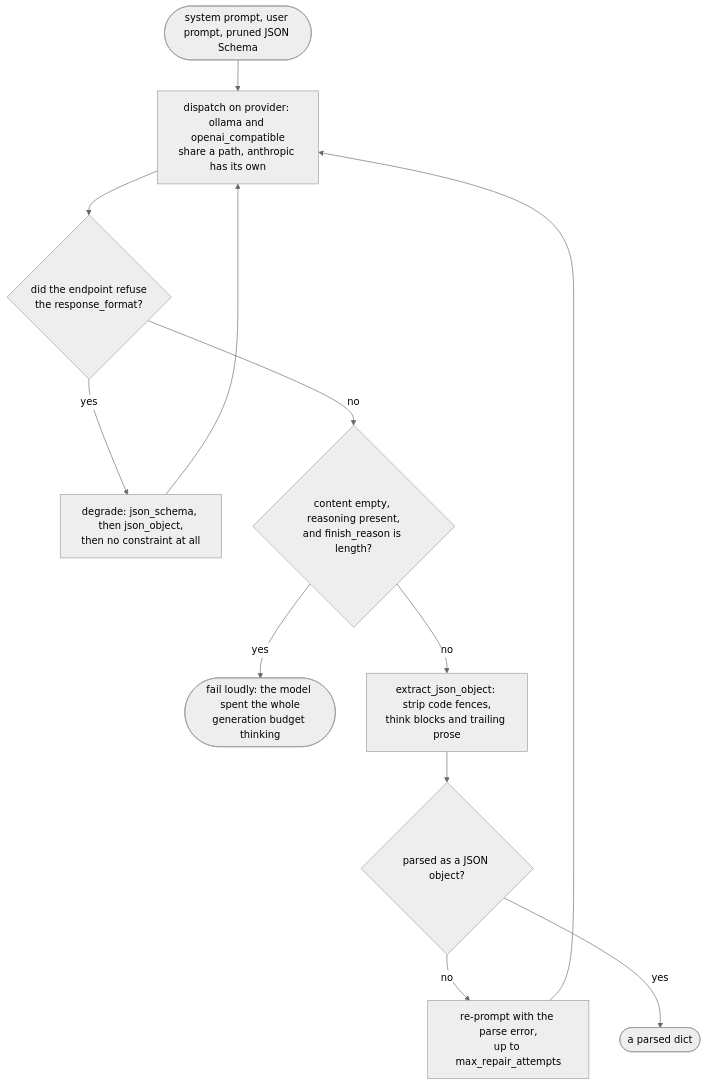
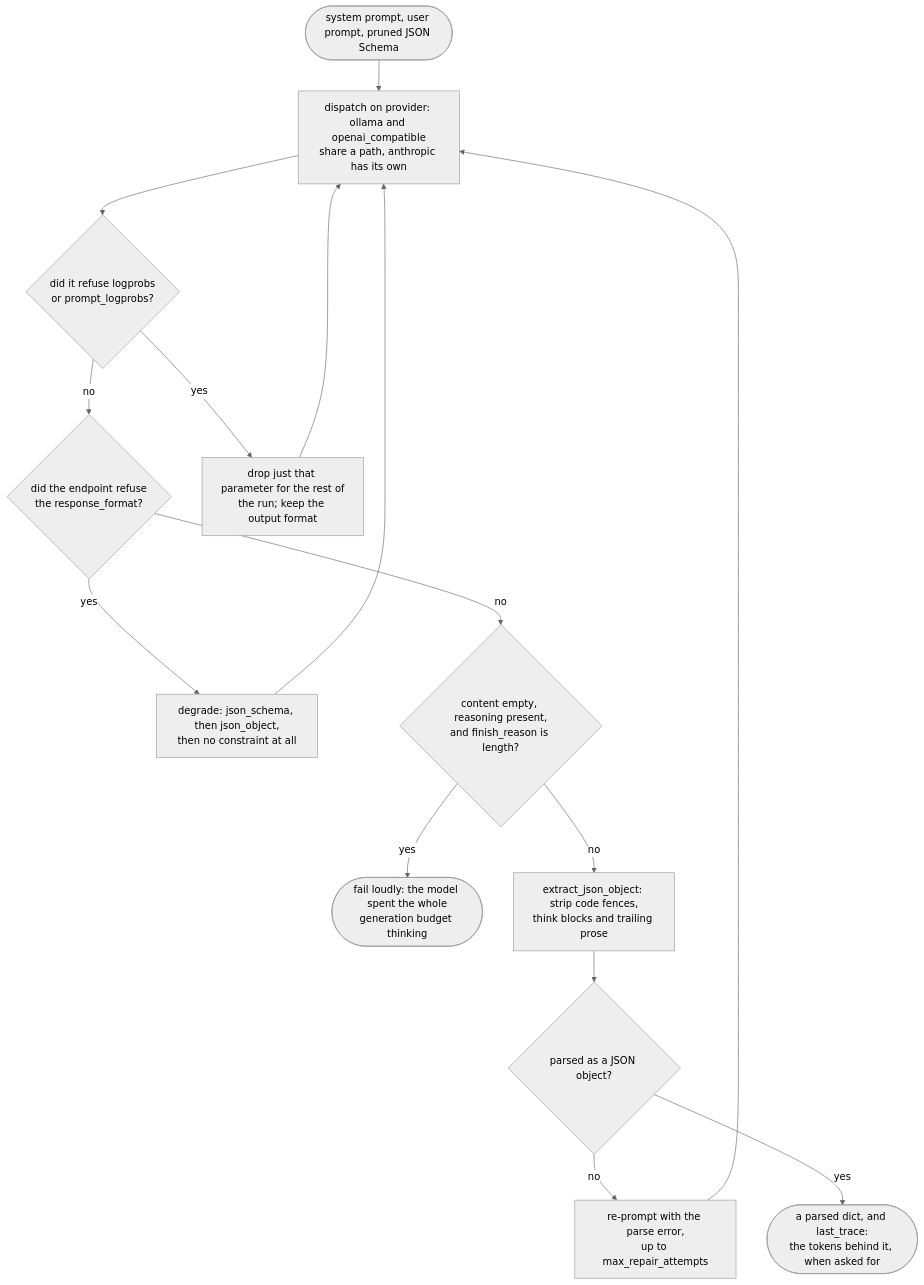
Before and after one commit to timalamenciak/graphingest: the fifth of 10 diagrams in README.md, drawn with Mermaid (neutral theme). The commit also changed other lines of this file and 10 other files, not shown here.

````diff
--- a/README.md
+++ b/README.md
@@ -390,21 +575,25 @@
 ```mermaid
 flowchart TD
     L0(["system prompt, user prompt, pruned JSON Schema"]) --> L1
     L1["dispatch on provider: ollama and openai_compatible<br/>share a path, anthropic has its own"]
     L2{"did the endpoint refuse<br/>the response_format?"}
     L3["degrade: json_schema, then json_object,<br/>then no constraint at all"]
+    L2a{"did it refuse logprobs<br/>or prompt_logprobs?"}
+    L3a["drop just that parameter for the rest of<br/>the run; keep the output format"]
     L4{"content empty, reasoning present,<br/>and finish_reason is length?"}
     L5(["fail loudly: the model spent the whole<br/>generation budget thinking"])
     L6["extract_json_object: strip code fences,<br/>think blocks and trailing prose"]
     L7{"parsed as a JSON object?"}
     L8["re-prompt with the parse error,<br/>up to max_repair_attempts"]
-    L9(["a parsed dict"])
+    L9(["a parsed dict, and last_trace:<br/>the tokens behind it, when asked for"])
 
-    L1 --> L2
+    L1 --> L2a
+    L2a -- yes --> L3a --> L1
+    L2a -- no --> L2
     L2 -- yes --> L3 --> L1
     L2 -- no --> L4
     L4 -- yes --> L5
     L4 -- no --> L6 --> L7
     L7 -- no --> L8 --> L1
     L7 -- yes --> L9
 ```
````
